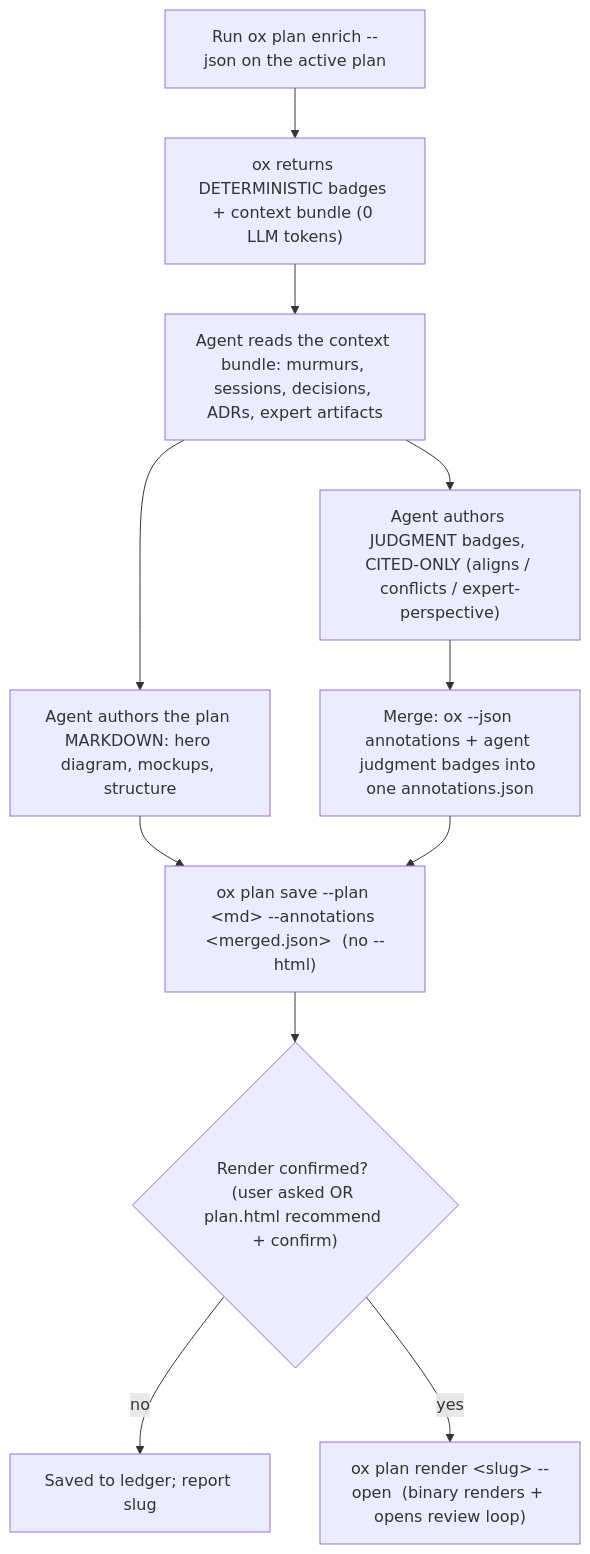
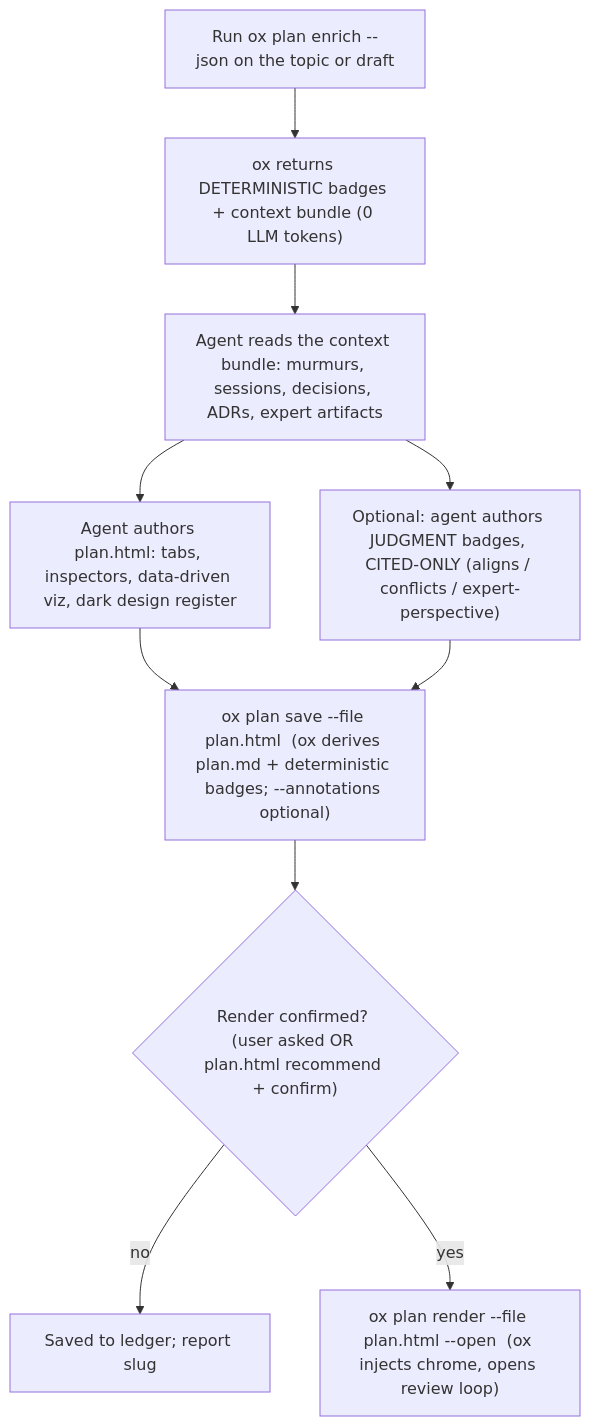
The diagram in extensions/claude/skills/ox-plan/SKILL.md (aditeya08varma/ox), drawn with Mermaid before and after one commit. The commit also changed other lines of this file and 64 other files, not shown here.

````diff
--- a/extensions/claude/skills/ox-plan/SKILL.md
+++ b/extensions/claude/skills/ox-plan/SKILL.md
@@ -37,13 +40,12 @@
 ```mermaid
 flowchart TB
-  RUN["Run ox plan enrich --json on the active plan"] --> DET["ox returns DETERMINISTIC badges + context bundle (0 LLM tokens)"]
+  RUN["Run ox plan enrich --json on the topic or draft"] --> DET["ox returns DETERMINISTIC badges + context bundle (0 LLM tokens)"]
   DET --> READ["Agent reads the context bundle: murmurs, sessions, decisions, ADRs, expert artifacts"]
-  READ --> JUDGE["Agent authors JUDGMENT badges, CITED-ONLY (aligns / conflicts / expert-perspective)"]
-  READ --> MD["Agent authors the plan MARKDOWN: hero diagram, mockups, structure"]
-  JUDGE --> MERGE["Merge: ox --json annotations + agent judgment badges into one annotations.json"]
-  MD --> SAVE
-  MERGE --> SAVE["ox plan save --plan &lt;md&gt; --annotations &lt;merged.json&gt;  (no --html)"]
+  READ --> PAGE["Agent authors plan.html: tabs, inspectors, data-driven viz, dark design register"]
+  READ --> JUDGE["Optional: agent authors JUDGMENT badges, CITED-ONLY (aligns / conflicts / expert-perspective)"]
+  PAGE --> SAVE["ox plan save --file plan.html  (ox derives plan.md + deterministic badges; --annotations optional)"]
+  JUDGE --> SAVE
   SAVE --> GATE{"Render confirmed? (user asked OR plan.html recommend + confirm)"}
   GATE -->|"no"| DONE["Saved to ledger; report slug"]
-  GATE -->|"yes"| RENDER["ox plan render &lt;slug&gt; --open  (binary renders + opens review loop)"]
+  GATE -->|"yes"| RENDER["ox plan render --file plan.html --open  (ox injects chrome, opens review loop)"]
 ```
````
